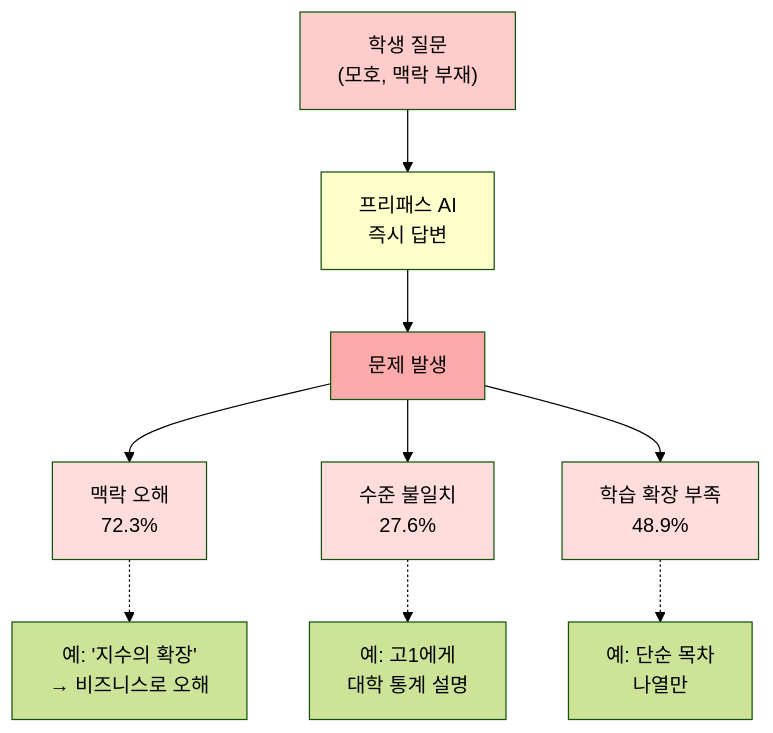
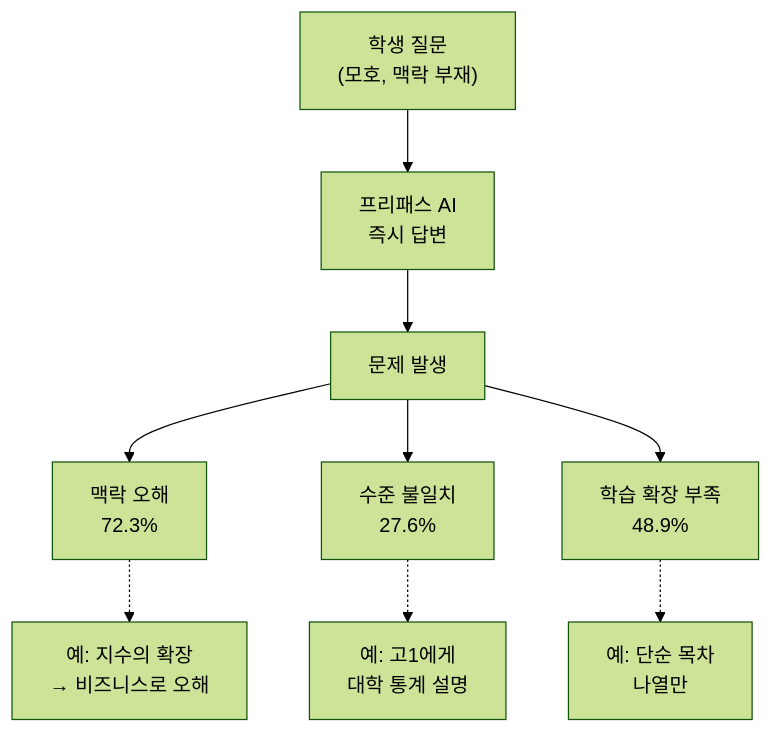
The first of 2 diagrams in docs/chapters/01-introduction.md (KimKyuBong/maice-paper-deploy), drawn with Mermaid (forest theme) before and after one commit. The commit also changed other lines of this file, not shown here.

````diff
--- a/docs/chapters/01-introduction.md
+++ b/docs/chapters/01-introduction.md
@@ -164,20 +164,13 @@
 ```mermaid
 flowchart TD
     A["학생 질문<br/>(모호, 맥락 부재)"] --> B["프리패스 AI<br/>즉시 답변"]
     B --> C["문제 발생"]
     
     C --> D1["맥락 오해<br/>72.3%"]
     C --> D2["수준 불일치<br/>27.6%"]
     C --> D3["학습 확장 부족<br/>48.9%"]
     
-    D1 -.-> E1["예: '지수의 확장'<br/>→ 비즈니스로 오해"]
+    D1 -.-> E1["예: 지수의 확장<br/>→ 비즈니스로 오해"]
     D2 -.-> E2["예: 고1에게<br/>대학 통계 설명"]
     D3 -.-> E3["예: 단순 목차<br/>나열만"]
-    
-    style A fill:#ffcccc
-    style B fill:#ffffcc
-    style C fill:#ffaaaa
-    style D1 fill:#ffdddd
-    style D2 fill:#ffdddd
-    style D3 fill:#ffdddd
 ```
````
